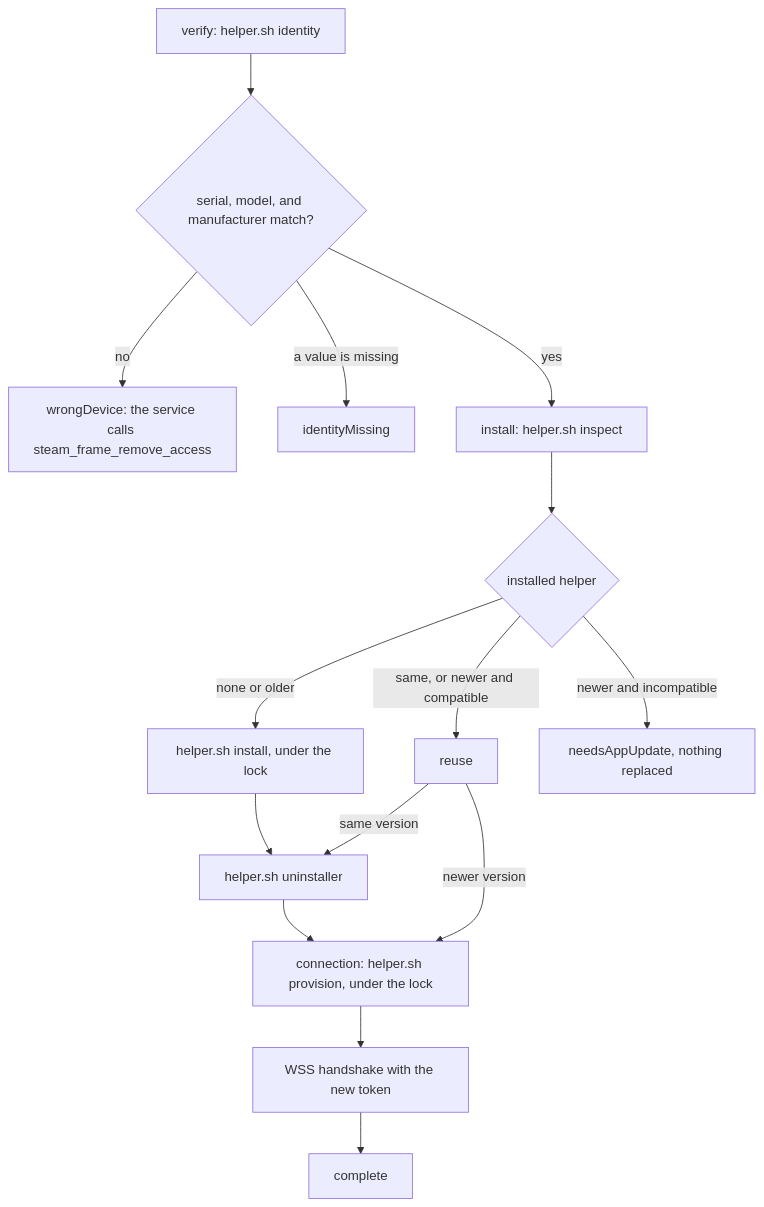
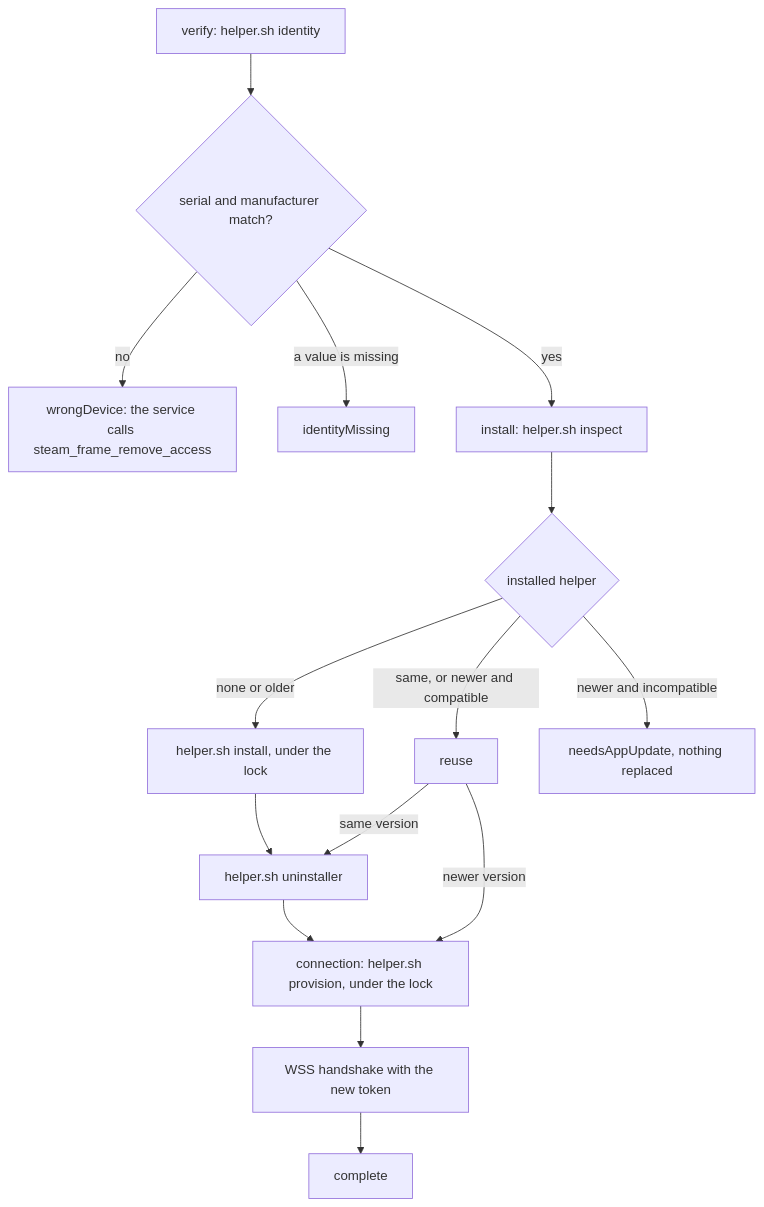
Before and after one commit to Raphiiko/OyasumiVR: the third of 6 diagrams in docs/agents/steam-frame-pairing.md, drawn with Mermaid. The commit also changed other lines of this file and 3 other files, not shown here.

First line of the commit message:
fix(steam-frame): match a headset by serial and manufacturer only

````diff
--- a/docs/agents/steam-frame-pairing.md
+++ b/docs/agents/steam-frame-pairing.md
@@ -108,17 +108,17 @@
 ```mermaid
 flowchart TD
-  A["verify: helper.sh identity"] --> B{"serial, model, and manufacturer match?"}
+  A["verify: helper.sh identity"] --> B{"serial and manufacturer match?"}
   B -- "no" --> W["wrongDevice: the service calls steam_frame_remove_access"]
   B -- "a value is missing" --> M["identityMissing"]
   B -- "yes" --> C["install: helper.sh inspect"]
   C --> D{"installed helper"}
   D -- "none or older" --> E["helper.sh install, under the lock"]
   D -- "same, or newer and compatible" --> F["reuse"]
   D -- "newer and incompatible" --> N["needsAppUpdate, nothing replaced"]
   E --> G["helper.sh uninstaller"]
   F -- "same version" --> G
   F -- "newer version" --> H
   G --> H["connection: helper.sh provision, under the lock"]
   H --> I["WSS handshake with the new token"]
   I --> J["complete"]
 ```
````
